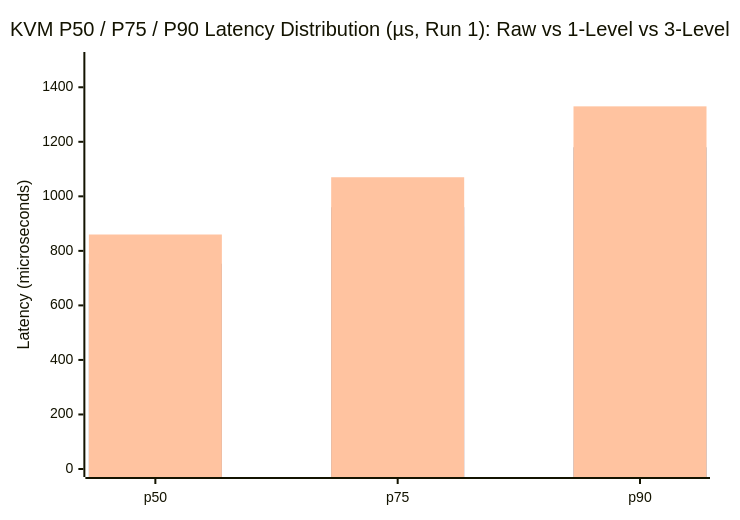
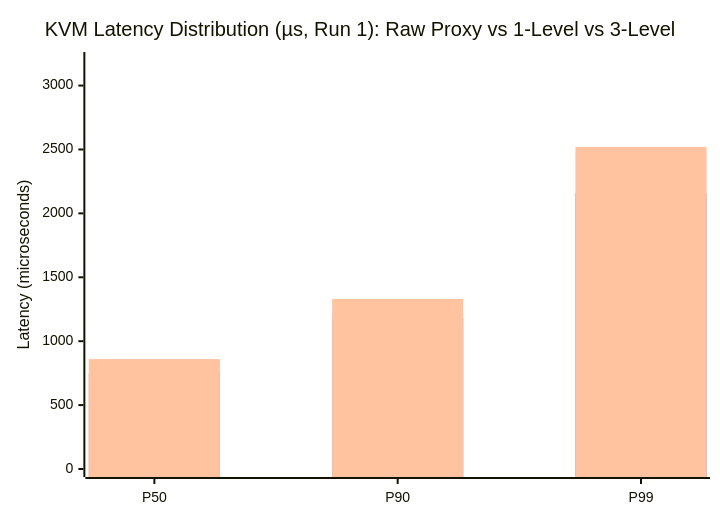
Before and after one commit to phucle996/velda-edge: the diagram in crates/velda-plugin/src/pre_upstream/api_metering/BENCHMARK.md, drawn with Mermaid. The commit also changed other lines of this file and 2 other files, not shown here.

````diff
--- a/crates/velda-plugin/src/pre_upstream/api_metering/BENCHMARK.md
+++ b/crates/velda-plugin/src/pre_upstream/api_metering/BENCHMARK.md
@@ -40,9 +58,9 @@
 ```mermaid
 xychart-beta
-    title "KVM P50 / P75 / P90 Latency Distribution (µs, Run 1): Raw vs 1-Level vs 3-Level"
-    x-axis ["p50", "p75", "p90"]
-    y-axis "Latency (microseconds)" 0 --> 1500
-    bar [697, 890, 1130]
-    bar [753, 960, 1180]
-    bar [860, 1070, 1330]
+    title "KVM Latency Distribution (µs, Run 1): Raw Proxy vs 1-Level vs 3-Level"
+    x-axis ["P50", "P90", "P99"]
+    y-axis "Latency (microseconds)" 0 --> 3200
+    bar [697, 1130, 2470]
+    bar [753, 1180, 2160]
+    bar [860, 1330, 2520]
 ```
````
